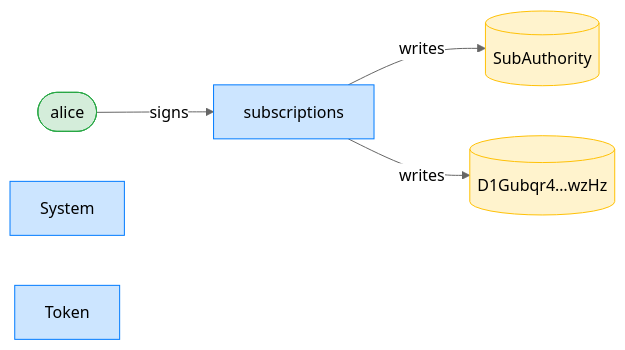
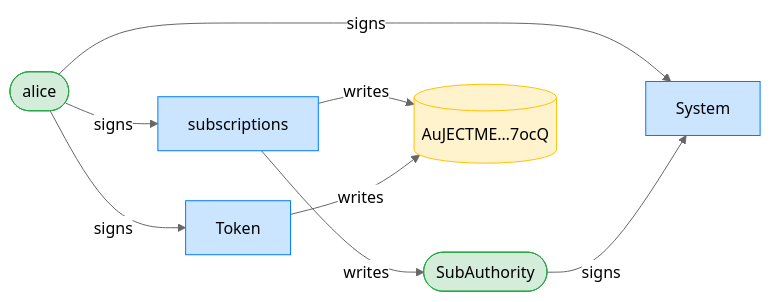
Before and after one commit to cds-rs/subscriptions: the third of 12 diagrams in dsl_tests/subscribe-rejects-a-sunset-plan.md, drawn with Mermaid (neutral theme). The commit also changed other lines of this file and 224 other files, not shown here.

````diff
--- a/dsl_tests/subscribe-rejects-a-sunset-plan.md
+++ b/dsl_tests/subscribe-rejects-a-sunset-plan.md
@@ -55,15 +56,19 @@
 ```mermaid
 flowchart LR
     classDef signer fill:#d4edda,stroke:#28a745;
     classDef program fill:#cce5ff,stroke:#007bff;
     classDef writable fill:#fff3cd,stroke:#ffc107;
     subscriptions[subscriptions]:::program
     alice([alice]):::signer
-    SubAuthority[(SubAuthority)]:::writable
-    D1Gubqr4_wzHz[("D1Gubqr4…wzHz")]:::writable
+    SubAuthority([SubAuthority]):::signer
+    AuJECTME_7ocQ[("AuJECTME…7ocQ")]:::writable
     System[System]:::program
     Token[Token]:::program
     alice -->|signs| subscriptions
+    alice -->|signs| System
+    SubAuthority -->|signs| System
+    alice -->|signs| Token
     subscriptions -->|writes| SubAuthority
-    subscriptions -->|writes| D1Gubqr4_wzHz
+    subscriptions -->|writes| AuJECTME_7ocQ
+    Token -->|writes| AuJECTME_7ocQ
 ```
````
